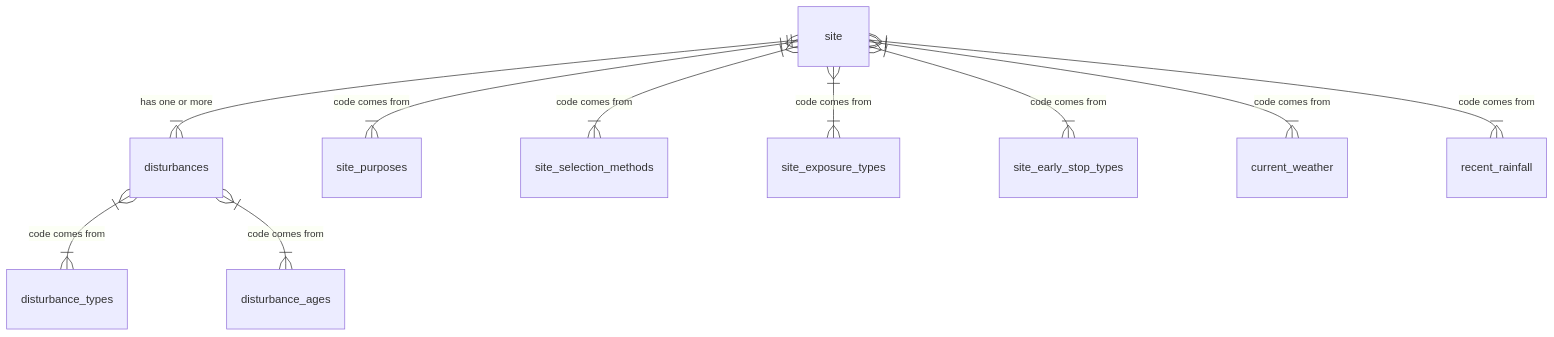
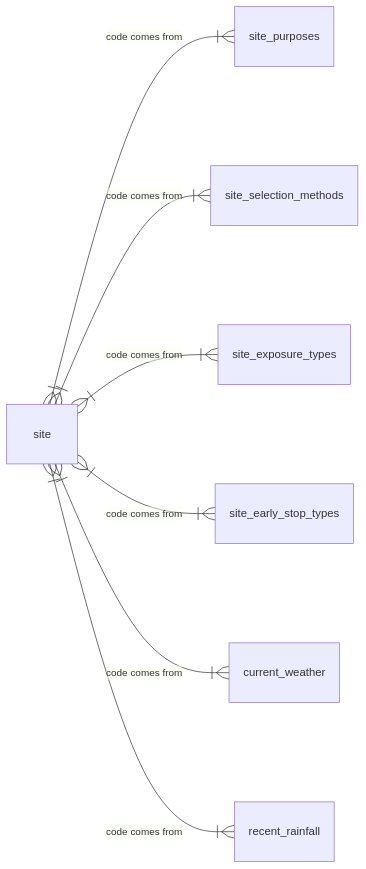
Before and after one commit to manaakiwhenua/NZ_soildesc_2024: the fourth of 27 diagrams in ap_03_database_design.qmd, drawn with Mermaid. The commit also changed other lines of this file, not shown here.

````diff
--- a/ap_03_database_design.qmd
+++ b/ap_03_database_design.qmd
@@ -296,17 +297,14 @@
 ```{mermaid}
 %%| label: fig-msiteo
 %%| fig-cap: "Site - Overview"
 
-%%{ init: { 'er': { 'layoutDirection': 'LR' } } }%%
 erDiagram
-  site ||--|{ disturbances : "has one or more"
-  disturbances }|--|{ disturbance_types : "code comes from"
-  disturbances }|--|{ disturbance_ages : "code comes from"
+  direction LR
   site }|--|{ site_purposes : "code comes from"
   site }|--|{ site_selection_methods : "code comes from"
   site }|--|{ site_exposure_types : "code comes from"
   site }|--|{ site_early_stop_types : "code comes from"
   site }|--|{ current_weather : "code comes from"
   site }|--|{ recent_rainfall : "code comes from"
 
 ```
````
